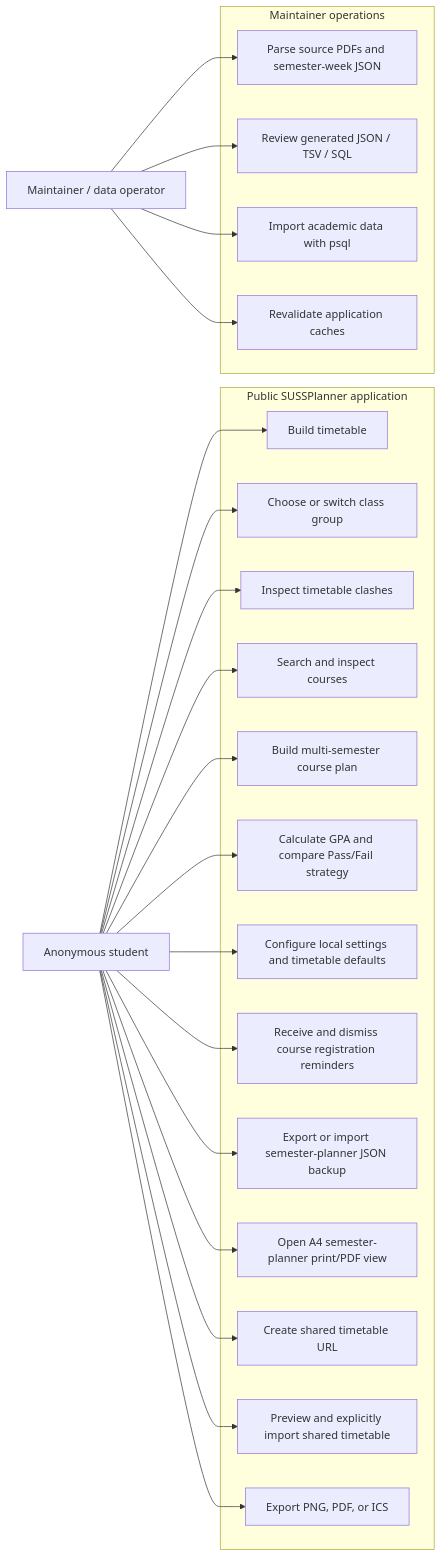
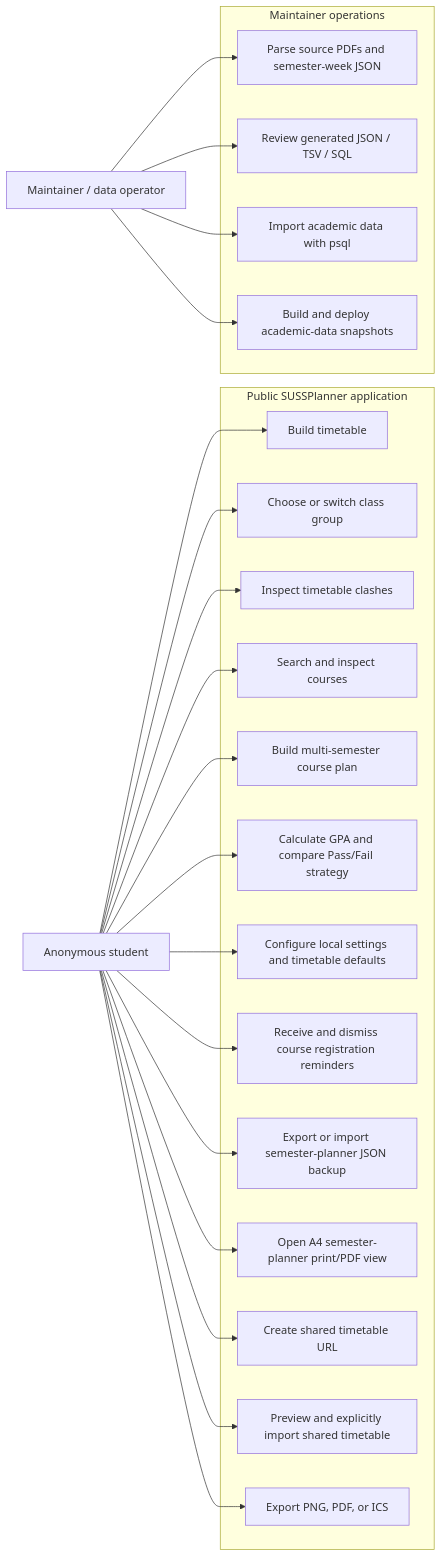
Before and after one commit to lester-td/SUSSplanner: the third of 18 diagrams in docs/DeveloperGuide.md, drawn with Mermaid. The commit also changed other lines of this file and 15 other files, not shown here.

````diff
--- a/docs/DeveloperGuide.md
+++ b/docs/DeveloperGuide.md
@@ -616,47 +627,47 @@
 ```mermaid
 flowchart LR
     Student["Anonymous student"]
     Maintainer["Maintainer / data operator"]
 
     subgraph PublicApp["Public SUSSPlanner application"]
         Build["Build timetable"]
         Resolve["Choose or switch class group"]
         Clash["Inspect timetable clashes"]
         Search["Search and inspect courses"]
         Study["Build multi-semester course plan"]
         GPA["Calculate GPA and compare Pass/Fail strategy"]
         Settings["Configure local settings and timetable defaults"]
         Reminders["Receive and dismiss course registration reminders"]
         Backup["Export or import semester-planner JSON backup"]
         Print["Open A4 semester-planner print/PDF view"]
         Share["Create shared timetable URL"]
         Preview["Preview and explicitly import shared timetable"]
         Export["Export PNG, PDF, or ICS"]
     end
 
     subgraph Operations["Maintainer operations"]
         Parse["Parse source PDFs and semester-week JSON"]
         Review["Review generated JSON / TSV / SQL"]
         Import["Import academic data with psql"]
-        Invalidate["Revalidate application caches"]
+        Publish["Build and deploy academic-data snapshots"]
     end
 
     Student --> Build
     Student --> Resolve
     Student --> Clash
     Student --> Search
     Student --> Study
     Student --> GPA
     Student --> Settings
     Student --> Reminders
     Student --> Backup
     Student --> Print
     Student --> Share
     Student --> Preview
     Student --> Export
 
     Maintainer --> Parse
     Maintainer --> Review
     Maintainer --> Import
-    Maintainer --> Invalidate
+    Maintainer --> Publish
 ```
````
